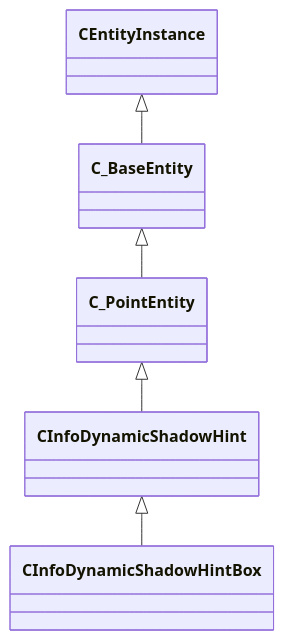
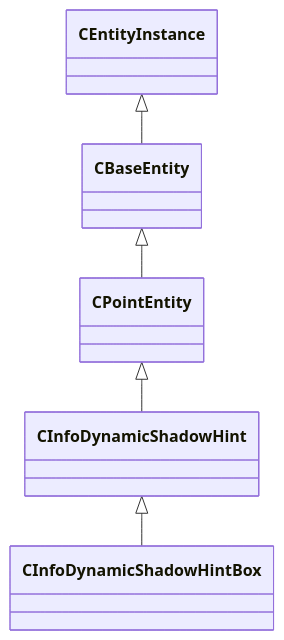
The diagram in docs/generated/schemas/server/CInfoDynamicShadowHintBox.md (CS2OpenDev/CS2OpenDev-Docs), drawn with Mermaid before and after one commit. The commit also changed other lines of this file and 4525 other files, not shown here.

````diff
--- a/docs/generated/schemas/server/CInfoDynamicShadowHintBox.md
+++ b/docs/generated/schemas/server/CInfoDynamicShadowHintBox.md
@@ -17,7 +21,7 @@
 ```mermaid
 classDiagram
     CInfoDynamicShadowHint <|-- CInfoDynamicShadowHintBox
-    C_PointEntity <|-- CInfoDynamicShadowHint
-    C_BaseEntity <|-- C_PointEntity
-    CEntityInstance <|-- C_BaseEntity
+    CPointEntity <|-- CInfoDynamicShadowHint
+    CBaseEntity <|-- CPointEntity
+    CEntityInstance <|-- CBaseEntity
 ```
````
